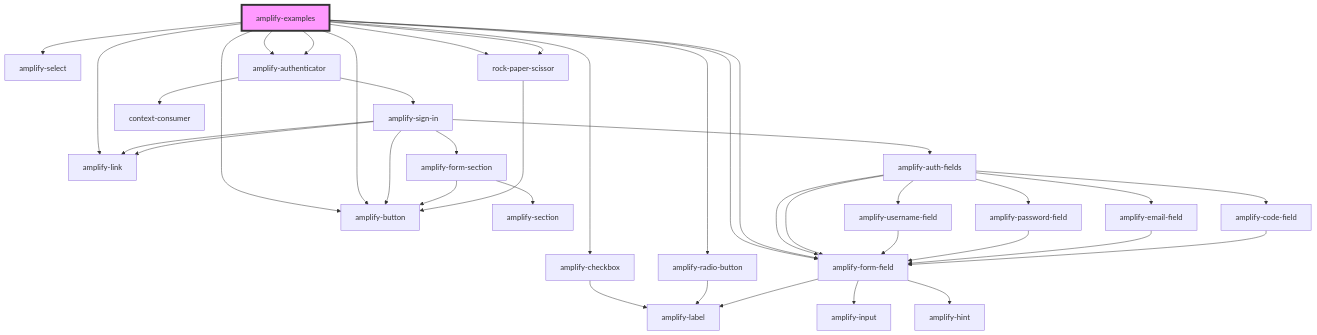
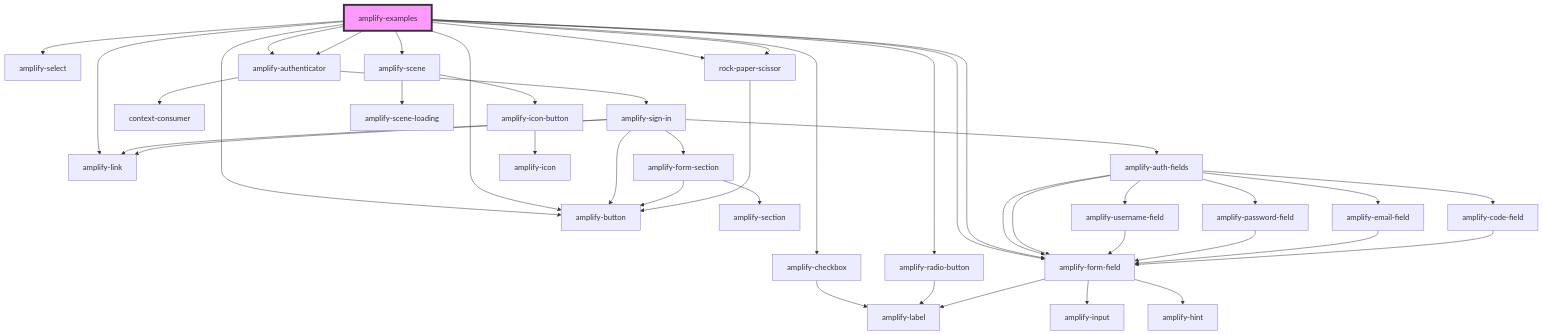
The diagram in packages/amplify-ui-components/src/components/amplify-examples/readme.md (aws-amplify/amplify-js), drawn with Mermaid before and after one commit. The commit also changed other lines of this file and 13 other files, not shown here.

Commit message:
amplify-scene and amplify-icon-button components

````diff
--- a/packages/amplify-ui-components/src/components/amplify-examples/readme.md
+++ b/packages/amplify-ui-components/src/components/amplify-examples/readme.md
@@ -26,41 +25,45 @@
 ```mermaid
 graph TD;
   amplify-examples --> amplify-checkbox
   amplify-examples --> amplify-radio-button
   amplify-examples --> amplify-form-field
   amplify-examples --> amplify-form-field
   amplify-examples --> amplify-select
   amplify-examples --> amplify-button
   amplify-examples --> amplify-link
   amplify-examples --> amplify-authenticator
   amplify-examples --> amplify-button
   amplify-examples --> amplify-authenticator
   amplify-examples --> rock-paper-scissor
   amplify-examples --> rock-paper-scissor
+  amplify-examples --> amplify-scene
   amplify-checkbox --> amplify-label
   amplify-radio-button --> amplify-label
   amplify-form-field --> amplify-label
   amplify-form-field --> amplify-input
   amplify-form-field --> amplify-hint
   amplify-authenticator --> amplify-sign-in
   amplify-authenticator --> context-consumer
   amplify-sign-in --> amplify-form-section
   amplify-sign-in --> amplify-auth-fields
   amplify-sign-in --> amplify-link
   amplify-sign-in --> amplify-link
   amplify-sign-in --> amplify-button
   amplify-form-section --> amplify-section
   amplify-form-section --> amplify-button
   amplify-auth-fields --> amplify-username-field
   amplify-auth-fields --> amplify-password-field
   amplify-auth-fields --> amplify-email-field
   amplify-auth-fields --> amplify-code-field
   amplify-auth-fields --> amplify-form-field
   amplify-auth-fields --> amplify-form-field
   amplify-username-field --> amplify-form-field
   amplify-password-field --> amplify-form-field
   amplify-email-field --> amplify-form-field
   amplify-code-field --> amplify-form-field
   rock-paper-scissor --> amplify-button
+  amplify-scene --> amplify-icon-button
+  amplify-scene --> amplify-scene-loading
+  amplify-icon-button --> amplify-icon
   style amplify-examples fill:#f9f,stroke:#333,stroke-width:4px
 ```
````
